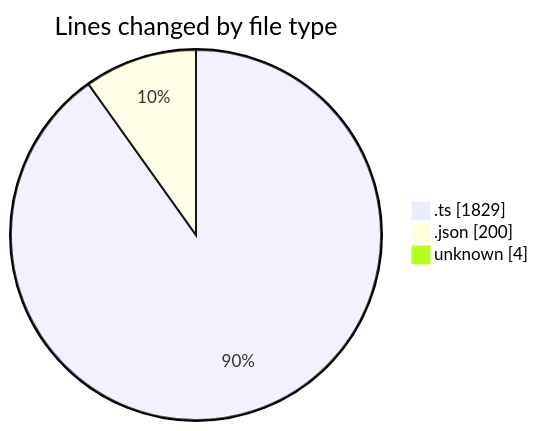
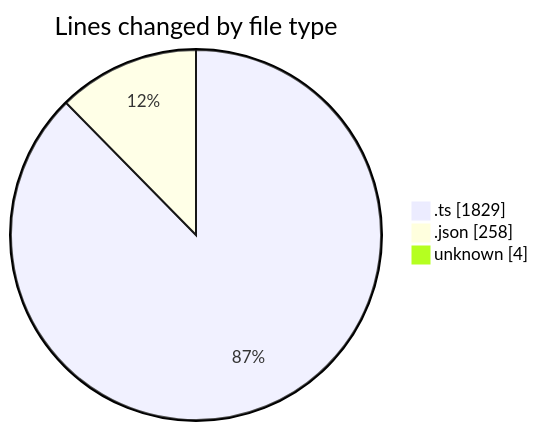
One commit to tmsrecording-cyber/code-tracking changed the first of 2 diagrams in 2026-02-03/singularitybrainai/README.md. Above: the diagram before and after it, drawn with Mermaid. The commit also changed other lines of this file and 1 other file, not shown here.

````diff
--- a/2026-02-03/singularitybrainai/README.md
+++ b/2026-02-03/singularitybrainai/README.md
@@ -24,7 +24,7 @@
 ```mermaid
 pie showData
 title Lines changed by file type
 ".ts" : 1829
-".json" : 200
+".json" : 258
 "unknown" : 4
 ```
````
